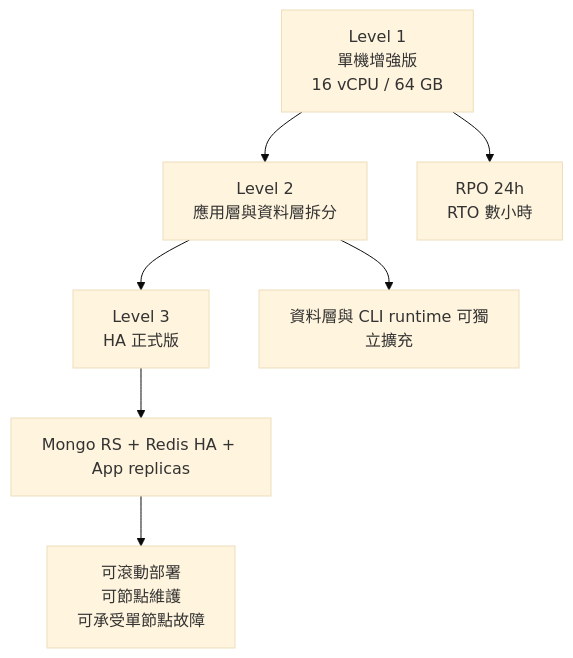
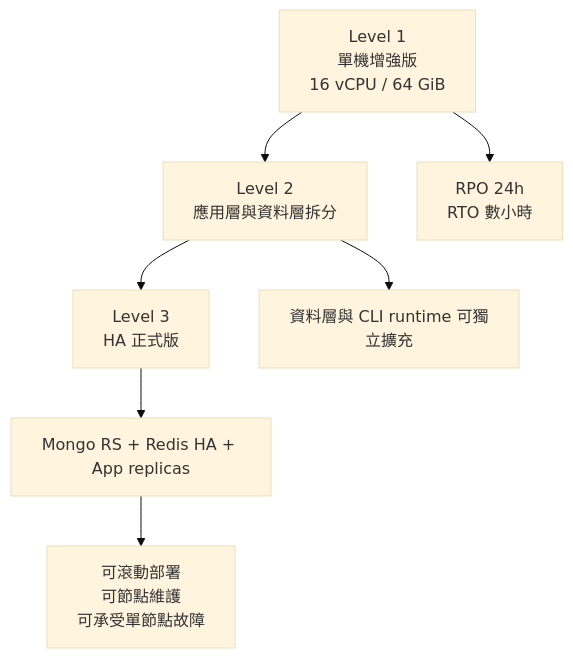
Before and after one commit to chunkai1312/temp: diagram 11 of 17 in production-resource-architecture-proposal.md, drawn with Mermaid (base theme). The commit also changed other lines of this file, not shown here.

````diff
--- a/production-resource-architecture-proposal.md
+++ b/production-resource-architecture-proposal.md
@@ -457,11 +455,11 @@
 ```mermaid
 flowchart TB
-  T1["Level 1\n單機增強版\n16 vCPU / 64 GB"] --> T2["Level 2\n應用層與資料層拆分"]
+  T1["Level 1\n單機增強版\n16 vCPU / 64 GiB"] --> T2["Level 2\n應用層與資料層拆分"]
   T2 --> T3["Level 3\nHA 正式版"]
 
   T1 --> L1A["RPO 24h\nRTO 數小時"]
   T2 --> L2A["資料層與 CLI runtime 可獨立擴充"]
   T3 --> L3A["Mongo RS + Redis HA + App replicas"]
 
   L3A --> OPS["可滾動部署\n可節點維護\n可承受單節點故障"]
 ```
````
